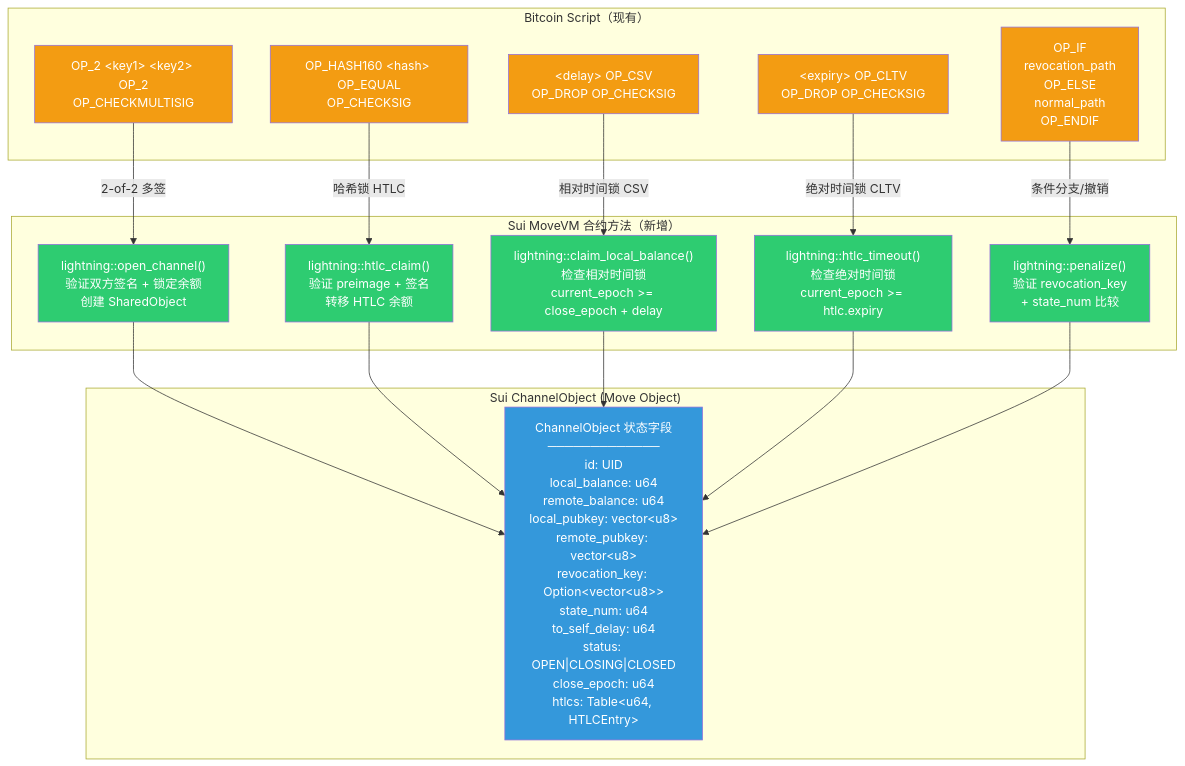
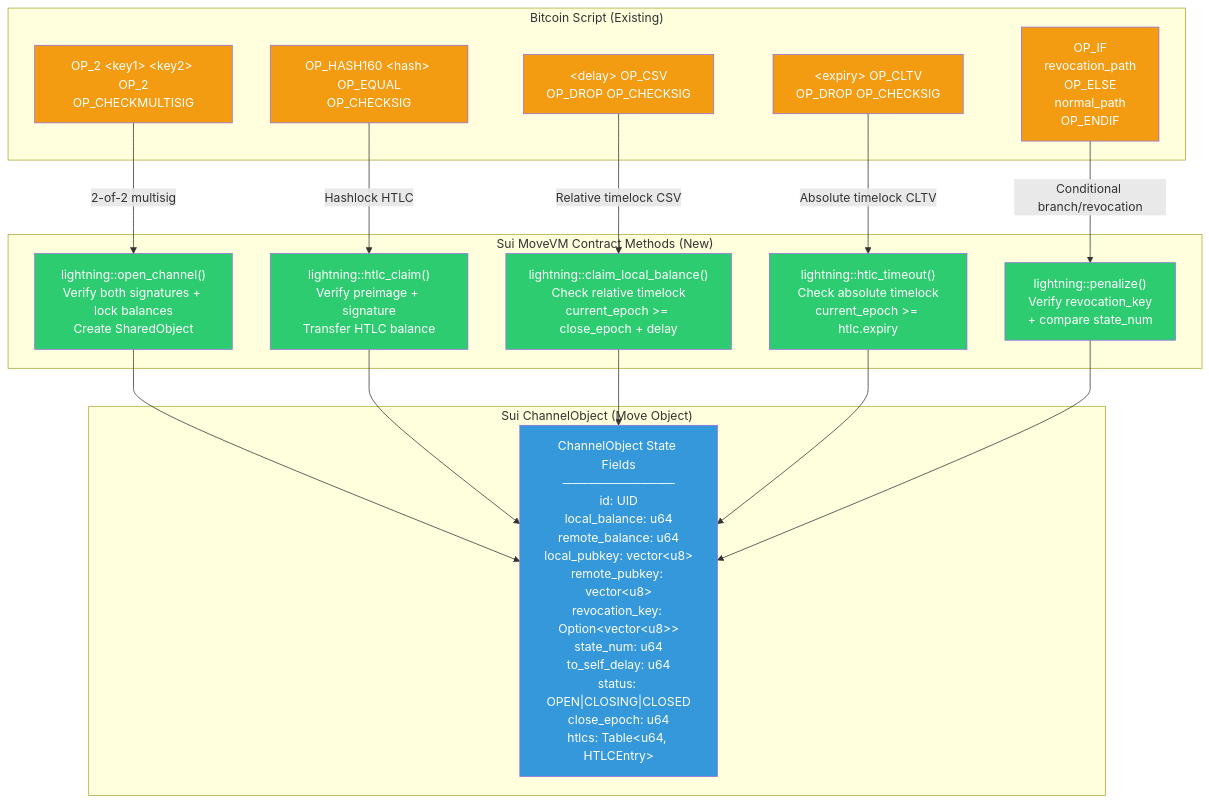
Before and after one commit to loka-network/loka-p2p-lnd: the seventh of 9 diagrams in 1-refactor-docs/sui/lnd-and-sui-integration.md, drawn with Mermaid. The commit also changed other lines of this file and 12 other files, not shown here.

````diff
--- a/1-refactor-docs/sui/lnd-and-sui-integration.md
+++ b/1-refactor-docs/sui/lnd-and-sui-integration.md
@@ -357,46 +357,46 @@
 ```mermaid
 graph TB
-    subgraph "Bitcoin Script（现有）"
+    subgraph "Bitcoin Script (Existing)"
         BS1["OP_2 &lt;key1&gt; &lt;key2&gt; OP_2<br/>OP_CHECKMULTISIG"]
         BS2["OP_HASH160 &lt;hash&gt; OP_EQUAL<br/>OP_CHECKSIG"]
         BS3["&lt;delay&gt; OP_CSV<br/>OP_DROP OP_CHECKSIG"]
         BS4["&lt;expiry&gt; OP_CLTV<br/>OP_DROP OP_CHECKSIG"]
         BS5["OP_IF<br/>  revocation_path<br/>OP_ELSE<br/>  normal_path<br/>OP_ENDIF"]
     end
 
-    subgraph "Sui MoveVM 合约方法（新增）"
-        SP1["lightning::open_channel()<br/>验证双方签名 + 锁定余额<br/>创建 SharedObject"]
-        SP2["lightning::htlc_claim()<br/>验证 preimage + 签名<br/>转移 HTLC 余额"]
-        SP3["lightning::claim_local_balance()<br/>检查相对时间锁<br/>current_epoch >= close_epoch + delay"]
-        SP4["lightning::htlc_timeout()<br/>检查绝对时间锁<br/>current_epoch >= htlc.expiry"]
-        SP5["lightning::penalize()<br/>验证 revocation_key<br/>+ state_num 比较"]
+    subgraph "Sui MoveVM Contract Methods (New)"
+        SP1["lightning::open_channel()<br/>Verify both signatures + lock balances<br/>Create SharedObject"]
+        SP2["lightning::htlc_claim()<br/>Verify preimage + signature<br/>Transfer HTLC balance"]
+        SP3["lightning::claim_local_balance()<br/>Check relative timelock<br/>current_epoch >= close_epoch + delay"]
+        SP4["lightning::htlc_timeout()<br/>Check absolute timelock<br/>current_epoch >= htlc.expiry"]
+        SP5["lightning::penalize()<br/>Verify revocation_key<br/>+ compare state_num"]
     end
 
-    BS1 -->|"2-of-2 多签"| SP1
-    BS2 -->|"哈希锁 HTLC"| SP2
-    BS3 -->|"相对时间锁 CSV"| SP3
-    BS4 -->|"绝对时间锁 CLTV"| SP4
-    BS5 -->|"条件分支/撤销"| SP5
+    BS1 -->|"2-of-2 multisig"| SP1
+    BS2 -->|"Hashlock HTLC"| SP2
+    BS3 -->|"Relative timelock CSV"| SP3
+    BS4 -->|"Absolute timelock CLTV"| SP4
+    BS5 -->|"Conditional branch/revocation"| SP5
 
     subgraph "Sui ChannelObject (Move Object)"
-        CO["ChannelObject 状态字段<br/>─────────────<br/>id: UID<br/>local_balance: u64<br/>remote_balance: u64<br/>local_pubkey: vector&lt;u8&gt;<br/>remote_pubkey: vector&lt;u8&gt;<br/>revocation_key: Option&lt;vector&lt;u8&gt;&gt;<br/>state_num: u64<br/>to_self_delay: u64<br/>status: OPEN|CLOSING|CLOSED<br/>close_epoch: u64<br/>htlcs: Table&lt;u64, HTLCEntry&gt;"]
+        CO["ChannelObject State Fields<br/>─────────────<br/>id: UID<br/>local_balance: u64<br/>remote_balance: u64<br/>local_pubkey: vector&lt;u8&gt;<br/>remote_pubkey: vector&lt;u8&gt;<br/>revocation_key: Option&lt;vector&lt;u8&gt;&gt;<br/>state_num: u64<br/>to_self_delay: u64<br/>status: OPEN|CLOSING|CLOSED<br/>close_epoch: u64<br/>htlcs: Table&lt;u64, HTLCEntry&gt;"]
     end
 
     SP1 --> CO
     SP2 --> CO
     SP3 --> CO
     SP4 --> CO
     SP5 --> CO
 
     style BS1 fill:#f39c12,color:#fff
     style BS2 fill:#f39c12,color:#fff
     style BS3 fill:#f39c12,color:#fff
     style BS4 fill:#f39c12,color:#fff
     style BS5 fill:#f39c12,color:#fff
     style SP1 fill:#2ecc71,color:#fff
     style SP2 fill:#2ecc71,color:#fff
     style SP3 fill:#2ecc71,color:#fff
     style SP4 fill:#2ecc71,color:#fff
     style SP5 fill:#2ecc71,color:#fff
     style CO fill:#3498db,color:#fff
 ```
````
